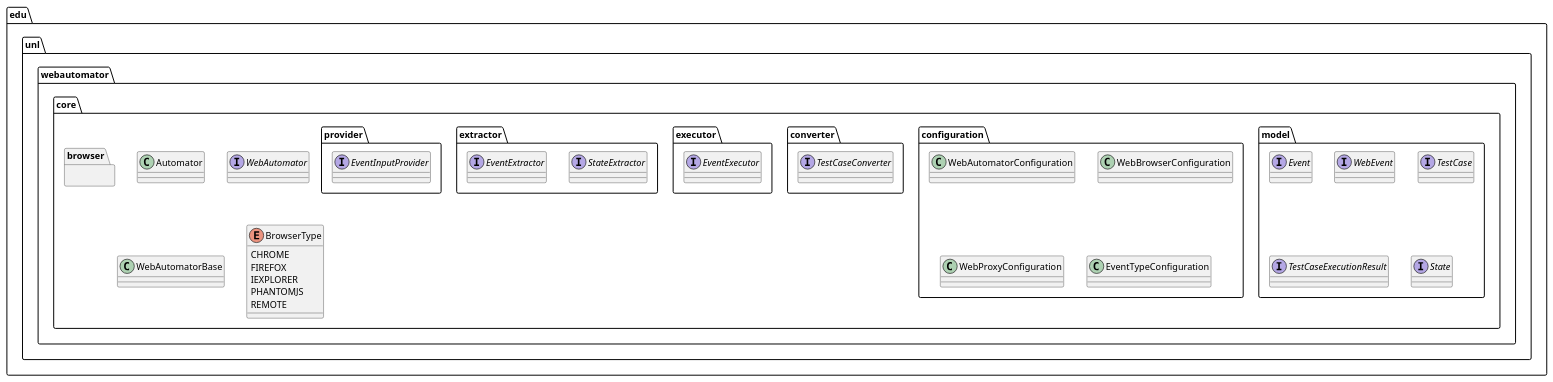
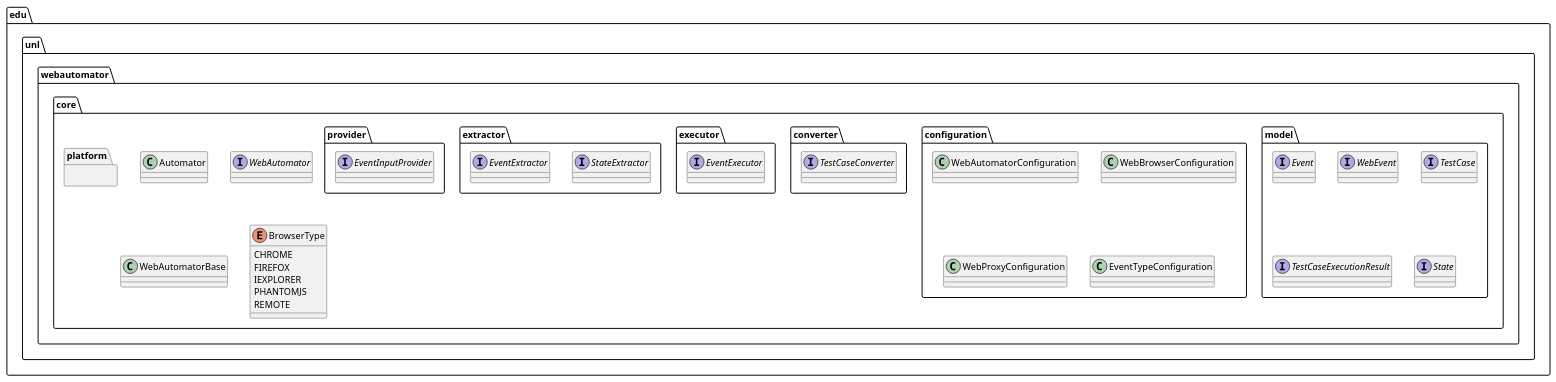
Before and after one commit to gigony/webautomator: the diagram in webAutomator-core/src/main/java/webautomator.puml, drawn with PlantUML. The commit also changed 19 other files, not shown here.

```diff
--- a/webAutomator-core/src/main/java/webautomator.puml
+++ b/webAutomator-core/src/main/java/webautomator.puml
@@ -1,67 +1,67 @@
 @startuml
 package edu.unl.webautomator.core {
     'package edu.unl.webautomator.core.internal {}
 
     package edu.unl.webautomator.core.model {
      'package edu.unl.webautomator.core.model.internal {}
 
     }
     package edu.unl.webautomator.core.configuration {
         'package edu.unl.webautomator.core.configuration.internal{}
     }
-    package edu.unl.webautomator.core.browser {
-        'package edu.unl.webautomator.core.browser.internal{}
+    package edu.unl.webautomator.core.platform {
+        'package edu.unl.webautomator.core.platform.internal{}
     }
     package edu.unl.webautomator.core.converter{
         'package edu.unl.webautomator.core.converter.internal{}
     }
     package edu.unl.webautomator.core.executor{
         'package edu.unl.webautomator.core.executor.internal{}
     }
     package edu.unl.webautomator.core.extractor{
         'package edu.unl.webautomator.core.extractor.internal{}
     }
     package edu.unl.webautomator.core.provider{
         'package edu.unl.webautomator.core.provider.internal{}
     }
 }
 
 
 
 
 interface edu.unl.webautomator.core.model.Event
 interface edu.unl.webautomator.core.model.WebEvent
 interface edu.unl.webautomator.core.model.TestCase
 interface edu.unl.webautomator.core.model.TestCaseExecutionResult
 interface edu.unl.webautomator.core.model.State
 
 class edu.unl.webautomator.core.configuration.WebAutomatorConfiguration
 class edu.unl.webautomator.core.configuration.WebBrowserConfiguration
 class edu.unl.webautomator.core.configuration.WebProxyConfiguration
 class edu.unl.webautomator.core.configuration.EventTypeConfiguration
 
 class edu.unl.webautomator.core.Automator
 interface edu.unl.webautomator.core.WebAutomator
 class edu.unl.webautomator.core.WebAutomatorBase
 enum edu.unl.webautomator.core.BrowserType
 interface edu.unl.webautomator.core.converter.TestCaseConverter
 interface edu.unl.webautomator.core.executor.EventExecutor
 interface edu.unl.webautomator.core.extractor.StateExtractor
 interface edu.unl.webautomator.core.extractor.EventExtractor
 interface edu.unl.webautomator.core.provider.EventInputProvider
 
 
 
 
 
 
 enum edu.unl.webautomator.core.BrowserType{
     CHROME
     FIREFOX
     IEXPLORER
     PHANTOMJS
     REMOTE
 }
 
 
 @enduml
```
